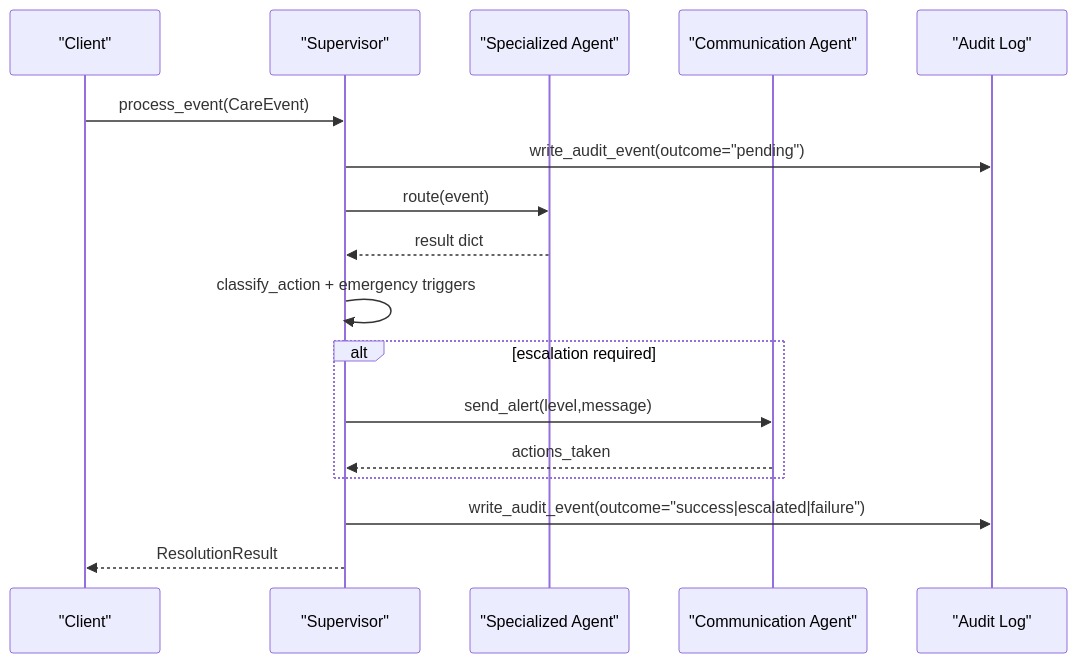
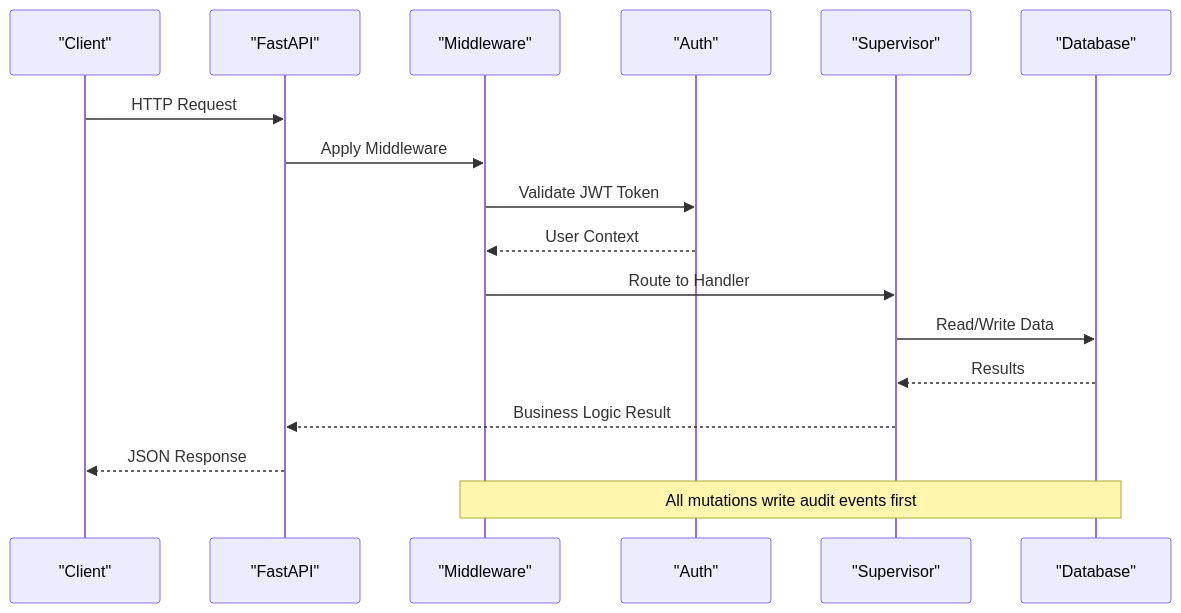
One commit to infamous-rebel/CareBridge changed the second of 2 diagrams in .qoder/repowiki/en/content/API Reference/API Reference.md. Above: the diagram before and after it, drawn with Mermaid. The commit also changed other lines of this file and 12 other files, not shown here.

````diff
--- a/.qoder/repowiki/en/content/API Reference/API Reference.md
+++ b/.qoder/repowiki/en/content/API Reference/API Reference.md
@@ -98,19 +132,19 @@
 ```mermaid
 sequenceDiagram
 participant C as "Client"
+participant F as "FastAPI"
+participant M as "Middleware"
+participant A as "Auth"
 participant S as "Supervisor"
-participant A as "Specialized Agent"
-participant M as "Communication Agent"
-participant D as "Audit Log"
-C->>S : process_event(CareEvent)
-S->>D : write_audit_event(outcome="pending")
-S->>A : route(event)
-A-->>S : result dict
-S->>S : classify_action + emergency triggers
-alt escalation required
-S->>M : send_alert(level,message)
-M-->>S : actions_taken
-end
-S->>D : write_audit_event(outcome="success|escalated|failure")
-S-->>C : ResolutionResult
+participant D as "Database"
+C->>F : HTTP Request
+F->>M : Apply Middleware
+M->>A : Validate JWT Token
+A-->>M : User Context
+M->>S : Route to Handler
+S->>D : Read/Write Data
+D-->>S : Results
+S-->>F : Business Logic Result
+F-->>C : JSON Response
+Note over M,D : All mutations write audit events first
 ```
````
